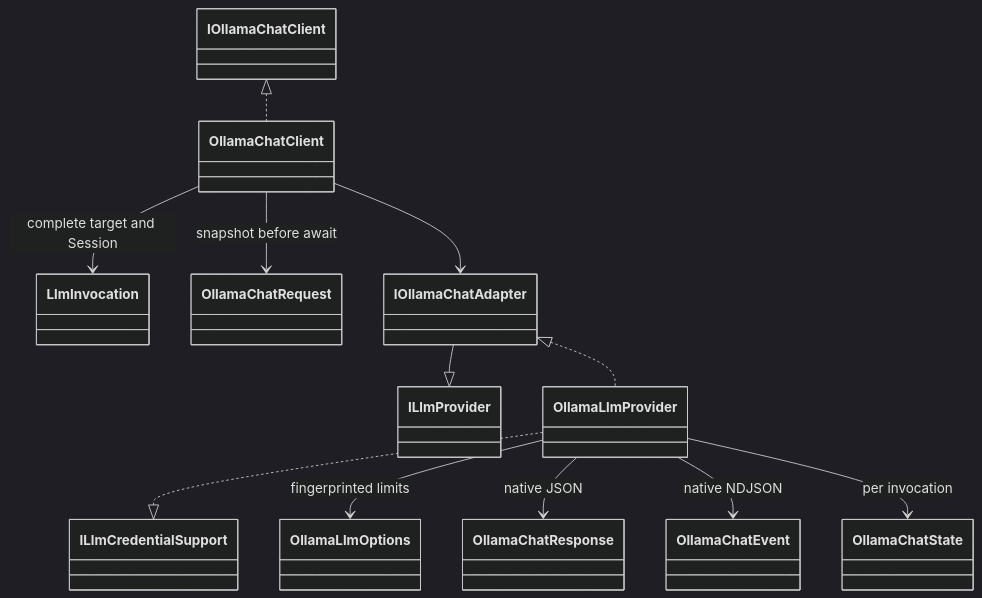
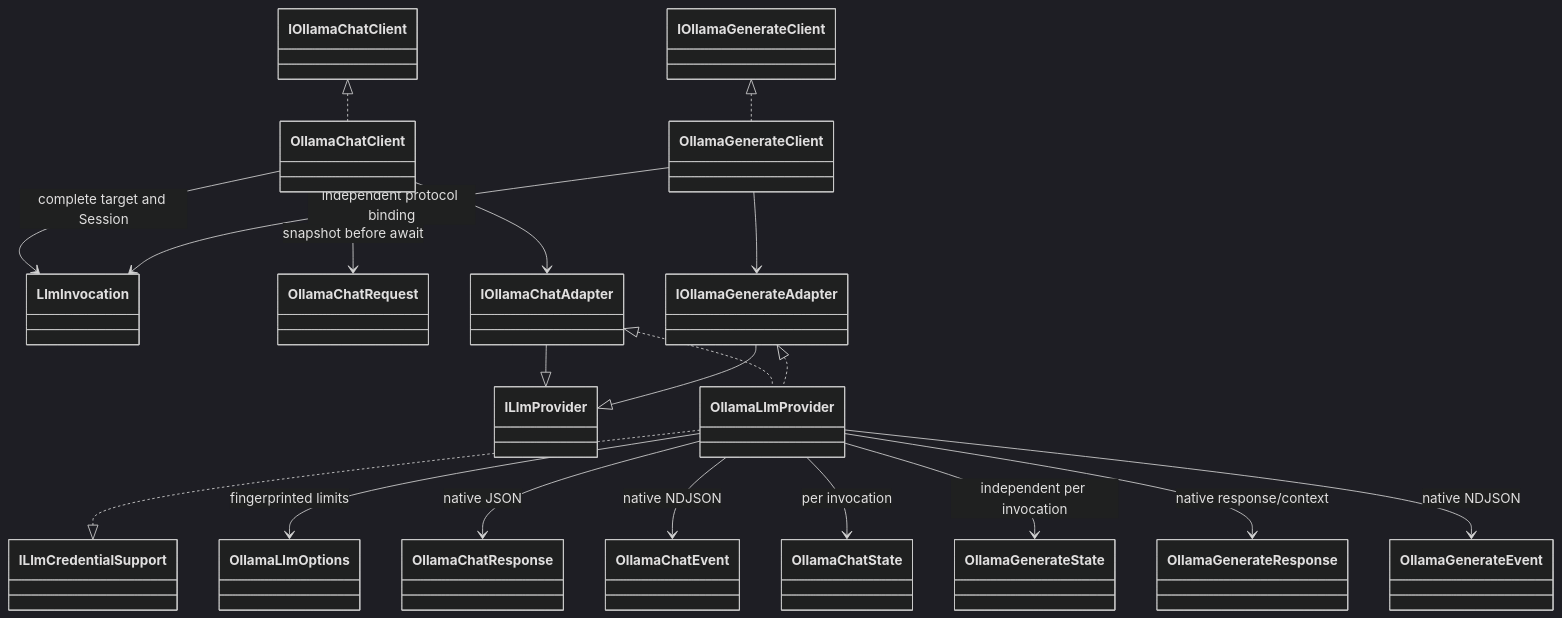
Before and after one commit to BenLampson/Asgard.Loki: the fourth of 31 diagrams in docs/architecture.md, drawn with Mermaid (dark theme). The commit also changed other lines of this file and 31 other files, not shown here.

Commit message:
feat(llm): add native Ollama generate with explicit context ownership

````diff
--- a/docs/architecture.md
+++ b/docs/architecture.md
@@ -171,14 +174,22 @@
 ```mermaid
 classDiagram
 IOllamaChatClient <|.. OllamaChatClient
 OllamaChatClient --> LlmInvocation : complete target and Session
 OllamaChatClient --> OllamaChatRequest : snapshot before await
 OllamaChatClient --> IOllamaChatAdapter
 IOllamaChatAdapter --|> ILlmProvider
 IOllamaChatAdapter <|.. OllamaLlmProvider
 OllamaLlmProvider ..|> ILlmCredentialSupport
 OllamaLlmProvider --> OllamaLlmOptions : fingerprinted limits
 OllamaLlmProvider --> OllamaChatResponse : native JSON
 OllamaLlmProvider --> OllamaChatEvent : native NDJSON
 OllamaLlmProvider --> OllamaChatState : per invocation
+IOllamaGenerateClient <|.. OllamaGenerateClient
+OllamaGenerateClient --> LlmInvocation : independent protocol binding
+OllamaGenerateClient --> IOllamaGenerateAdapter
+IOllamaGenerateAdapter --|> ILlmProvider
+IOllamaGenerateAdapter <|.. OllamaLlmProvider
+OllamaLlmProvider --> OllamaGenerateState : independent per invocation
+OllamaLlmProvider --> OllamaGenerateResponse : native response/context
+OllamaLlmProvider --> OllamaGenerateEvent : native NDJSON
 ```
````
